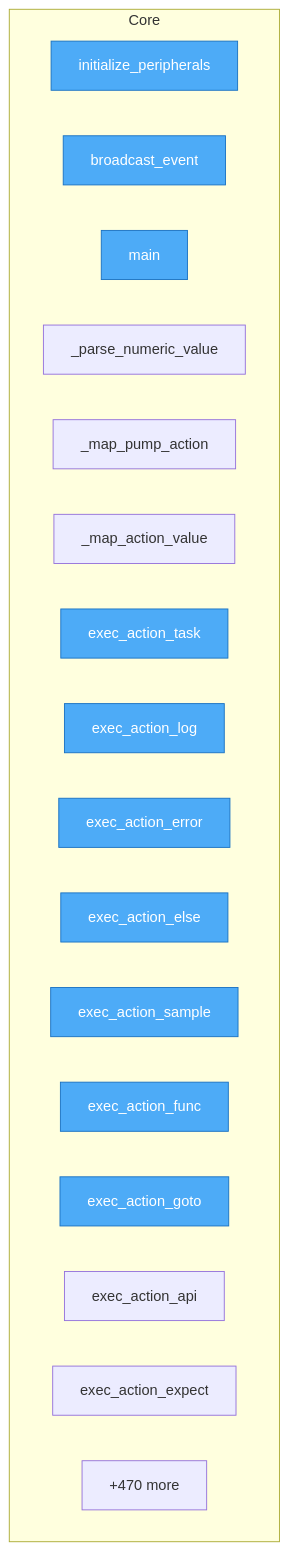
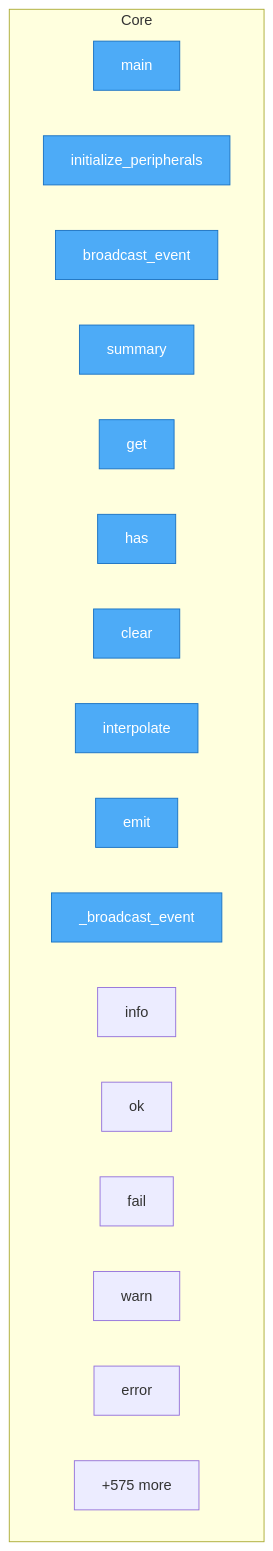
The diagram in project/flow.mmd (oqlos/oqlos), drawn with Mermaid before and after one commit. The commit also changed 40 other files, not shown here.

```diff
--- a/project/flow.mmd
+++ b/project/flow.mmd
@@ -1,25 +1,26 @@
 flowchart TD
+%% generated in 0.02s
 
     %% Entry points (blue)
     classDef entry fill:#4dabf7,stroke:#1971c2,color:#fff
 
     subgraph Core
+        setup_hardware_and_run_oql__main["main"]
         oqlos__core__state__StateManager__initialize_peripherals["initialize_peripherals"]
         oqlos__core__state__StateManager__broadcast_event["broadcast_event"]
-        setup_hardware_and_run_oql__main["main"]
-        oqlos__core___dsl_helpers___parse_numeric_value["_parse_numeric_value"]
-        oqlos__core___dsl_helpers___map_pump_action["_map_pump_action"]
-        oqlos__core___dsl_helpers___map_action_value["_map_action_value"]
-        oqlos__core___interpreter_actions__exec_action_task["exec_action_task"]
-        oqlos__core___interpreter_actions__exec_action_log["exec_action_log"]
-        oqlos__core___interpreter_actions__exec_action_error["exec_action_error"]
-        oqlos__core___interpreter_actions__exec_action_else["exec_action_else"]
-        oqlos__core___interpreter_actions__exec_action_sample["exec_action_sample"]
-        oqlos__core___interpreter_actions__exec_action_func["exec_action_func"]
-        oqlos__core___interpreter_actions__exec_action_goto["exec_action_goto"]
-        oqlos__core___interpreter_actions__exec_action_api["exec_action_api"]
-        oqlos__core___interpreter_actions__exec_action_expect["exec_action_expect"]
-        ...["+470 more"]
+        oqlos__core__base__ScriptResult__summary["summary"]
+        oqlos__core__base__VariableStore__get["get"]
+        oqlos__core__base__VariableStore__has["has"]
+        oqlos__core__base__VariableStore__clear["clear"]
+        oqlos__core__base__VariableStore__interpolate["interpolate"]
+        oqlos__core__base__InterpreterOutput__emit["emit"]
+        oqlos__core__base__InterpreterOutput___broadcast_event["_broadcast_event"]
+        oqlos__core__base__InterpreterOutput__info["info"]
+        oqlos__core__base__InterpreterOutput__ok["ok"]
+        oqlos__core__base__InterpreterOutput__fail["fail"]
+        oqlos__core__base__InterpreterOutput__warn["warn"]
+        oqlos__core__base__InterpreterOutput__error["error"]
+        ...["+575 more"]
     end
 
-    class oqlos__core__state__StateManager__initialize_peripherals,oqlos__core__state__StateManager__broadcast_event,setup_hardware_and_run_oql__main,oqlos__core___interpreter_actions__exec_action_task,oqlos__core___interpreter_actions__exec_action_log,oqlos__core___interpreter_actions__exec_action_error,oqlos__core___interpreter_actions__exec_action_else,oqlos__core___interpreter_actions__exec_action_sample,oqlos__core___interpreter_actions__exec_action_func,oqlos__core___interpreter_actions__exec_action_goto entry
+    class setup_hardware_and_run_oql__main,oqlos__core__state__StateManager__initialize_peripherals,oqlos__core__state__StateManager__broadcast_event,oqlos__core__base__ScriptResult__summary,oqlos__core__base__VariableStore__get,oqlos__core__base__VariableStore__has,oqlos__core__base__VariableStore__clear,oqlos__core__base__VariableStore__interpolate,oqlos__core__base__InterpreterOutput__emit,oqlos__core__base__InterpreterOutput___broadcast_event entry
```
